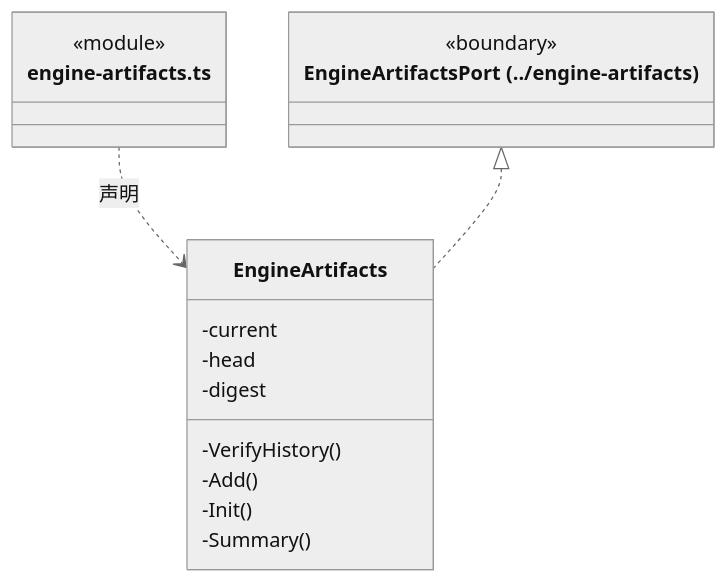
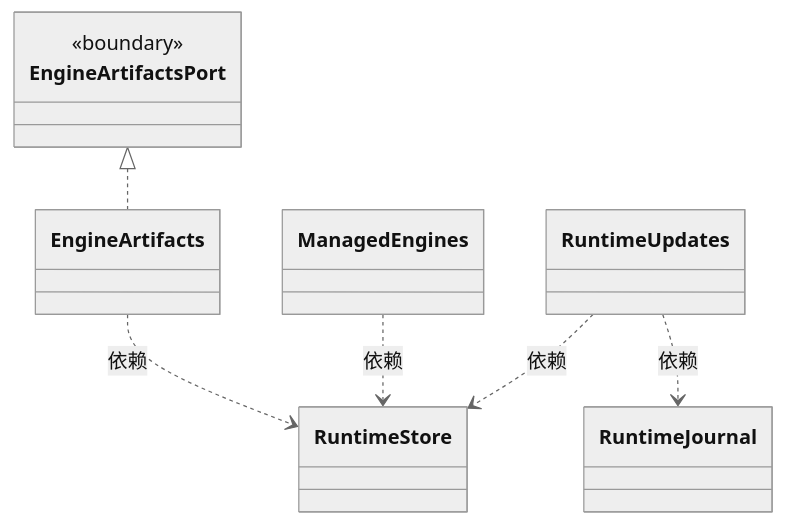
The first of 2 diagrams in src/logic/updates/service/ARCHITECTURE.md (nan023062/cbim), drawn with Mermaid (neutral theme) before and after one commit. The commit also changed other lines of this file and 158 other files, not shown here.

Commit message:
docs: model architecture through nested virtual encapsulations

````diff
--- a/src/logic/updates/service/ARCHITECTURE.md
+++ b/src/logic/updates/service/ARCHITECTURE.md
@@ -257,20 +27,22 @@
 ```mermaid
 classDiagram
-class N_src_logic_updates_service_engine_artifacts_ts["engine-artifacts.ts"] {
-  <<module>>
-}
-class N_src_logic_updates_service_engine_artifacts_ts_EngineArtifacts["EngineArtifacts"] {
-  -current
-  -head
-  -digest
-  -VerifyHistory()
-  -Add()
-  -Init()
-  -Summary()
-}
-N_src_logic_updates_service_engine_artifacts_ts ..> N_src_logic_updates_service_engine_artifacts_ts_EngineArtifacts : 声明
-class N_src_logic_updates_service_engine_artifacts_ts_external_EngineArtifactsPort["EngineArtifactsPort (../engine-artifacts)"] {
+class N_8fa06dc8085b["RuntimeStore"]
+click N_8fa06dc8085b href "runtime-store.ts"
+class N_6575f81306a7["EngineArtifacts"]
+click N_6575f81306a7 href "engine-artifacts.ts"
+class N_d4e51b3c0ac1["ManagedEngines"]
+click N_d4e51b3c0ac1 href "managed-engines.ts"
+class N_8ee0c4c2ec64["RuntimeUpdates"]
+click N_8ee0c4c2ec64 href "runtime-updates.ts"
+class N_715401df109b["EngineArtifactsPort"] {
   <<boundary>>
 }
-N_src_logic_updates_service_engine_artifacts_ts_external_EngineArtifactsPort <|.. N_src_logic_updates_service_engine_artifacts_ts_EngineArtifacts
+click N_715401df109b href "../engine-artifacts.ts"
+class N_e8ce47c6febe["RuntimeJournal"]
+click N_e8ce47c6febe href "runtime-journal.ts"
+N_6575f81306a7 ..> N_8fa06dc8085b : 依赖
+N_715401df109b <|.. N_6575f81306a7
+N_d4e51b3c0ac1 ..> N_8fa06dc8085b : 依赖
+N_8ee0c4c2ec64 ..> N_8fa06dc8085b : 依赖
+N_8ee0c4c2ec64 ..> N_e8ce47c6febe : 依赖
 ```
````
